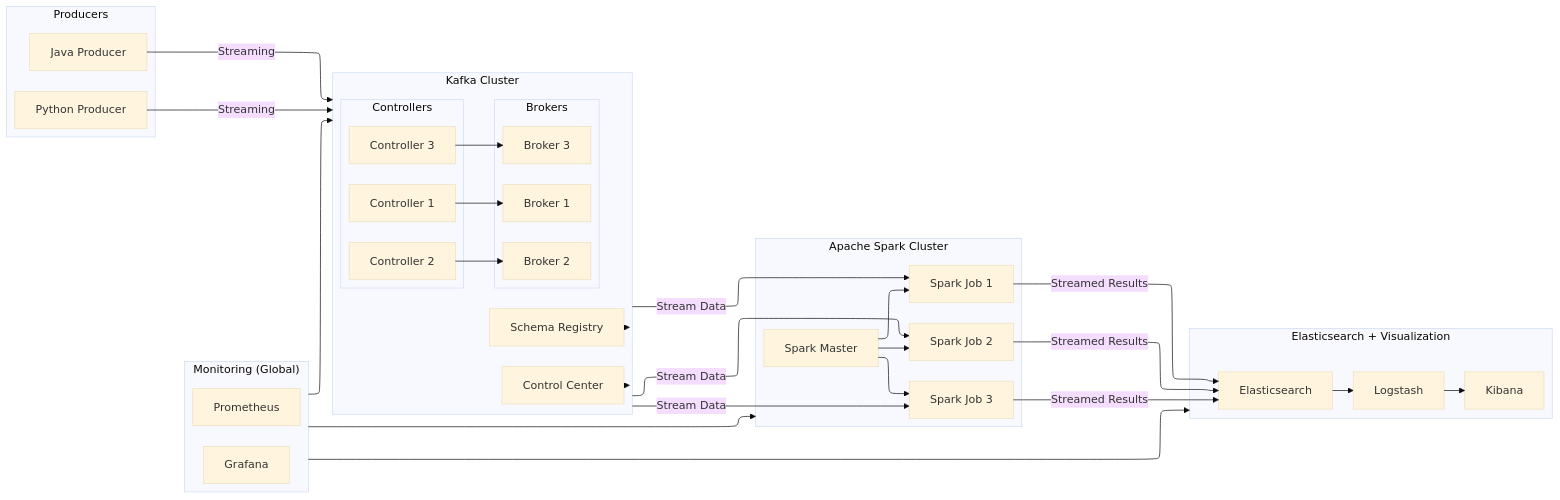
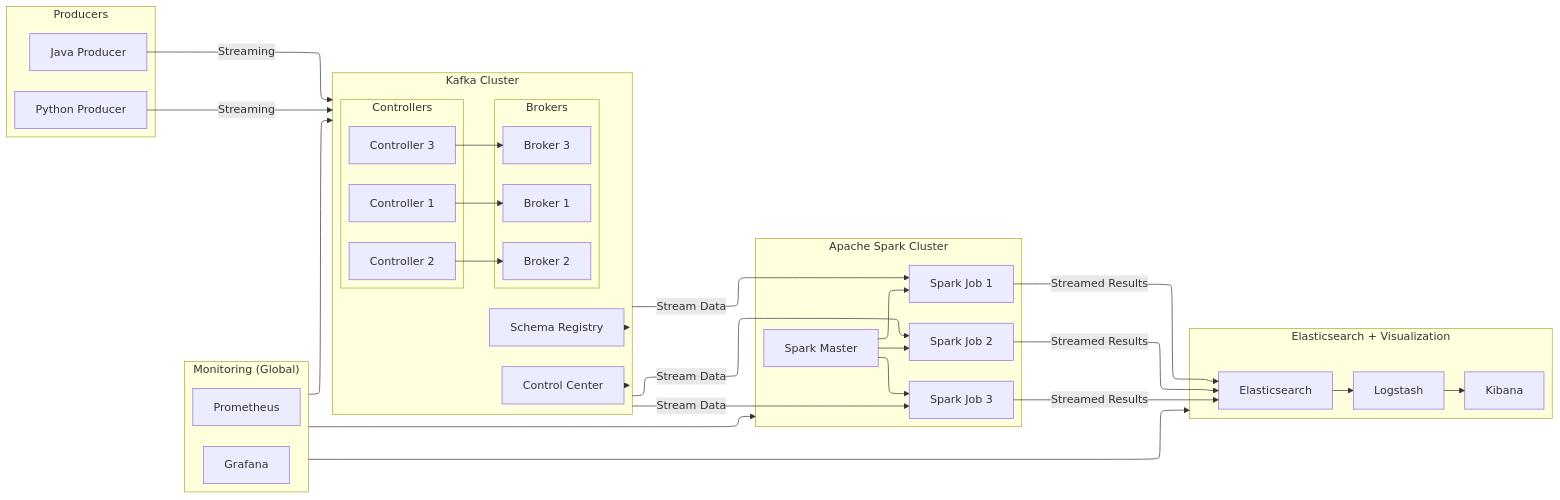
Before and after one commit to TejasJay/stream-1b-records-kafka-spark: the diagram in README.md, drawn with Mermaid.

````diff
--- a/README.md
+++ b/README.md
@@ -3,59 +3,59 @@
 ```mermaid
 ---
 config:
   layout: elk
-  theme: base
 ---
 flowchart LR
  subgraph Producers["Producers"]
         java["Java Producer"]
         python["Python Producer"]
   end
  subgraph Controllers["Controllers"]
         C1["Controller 1"]
         C2["Controller 2"]
         C3["Controller 3"]
   end
  subgraph Brokers["Brokers"]
         B1["Broker 1"]
         B2["Broker 2"]
         B3["Broker 3"]
   end
  subgraph Kafka["Kafka Cluster"]
         Controllers
         Brokers
         Schema["Schema Registry"]
         Control["Control Center"]
   end
  subgraph StreamProcessing["Apache Spark Cluster"]
         Master["Spark Master"]
         S1["Spark Job 1"]
         S2["Spark Job 2"]
         S3["Spark Job 3"]
   end
  subgraph ElasticStack["Elasticsearch + Visualization"]
         ES["Elasticsearch"]
         Logstash["Logstash"]
         Kibana["Kibana"]
   end
  subgraph Monitoring["Monitoring (Global)"]
         Prometheus["Prometheus"]
         Grafana["Grafana"]
   end
     java -- Streaming --> Kafka
     python -- Streaming --> Kafka
     C1 --> B1
     C2 --> B2
     C3 --> B3
     Schema --> Kafka
     Control --> Kafka
     Kafka -- Stream Data --> S1 & S2 & S3
     Master --> S1 & S2 & S3
     S1 -- Streamed Results --> ES
     S2 -- Streamed Results --> ES
     S3 -- Streamed Results --> ES
     ES --> Logstash
     Logstash --> Kibana
     Monitoring --> Kafka & StreamProcessing & ElasticStack
 
+
 ```
````
